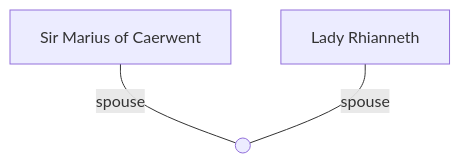
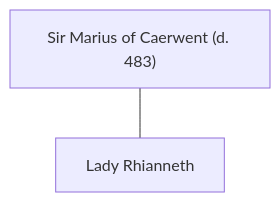
Before and after one commit to Illumibatchi/pendragon: the diagram in content/02 - Characters/Sir Marius of Caerwent.md, drawn with Mermaid. The commit also changed 54 other files, not shown here.

````diff
--- a/content/02 - Characters/Sir Marius of Caerwent.md
+++ b/content/02 - Characters/Sir Marius of Caerwent.md
@@ -27,10 +27,7 @@
 ```mermaid
 %% AUTO-LINEAGE: sir_marius_of_caerwent
 flowchart TB
-  m["Sir Marius of Caerwent"]
-  r["Lady Rhianneth"]
-
-  marriage_mr(( ))
-  m ---|spouse| marriage_mr
-  r ---|spouse| marriage_mr
+  p["Sir Marius of Caerwent (d. 483)"]
+  sp1["Lady Rhianneth"]
+  p --- sp1
 ```
````
